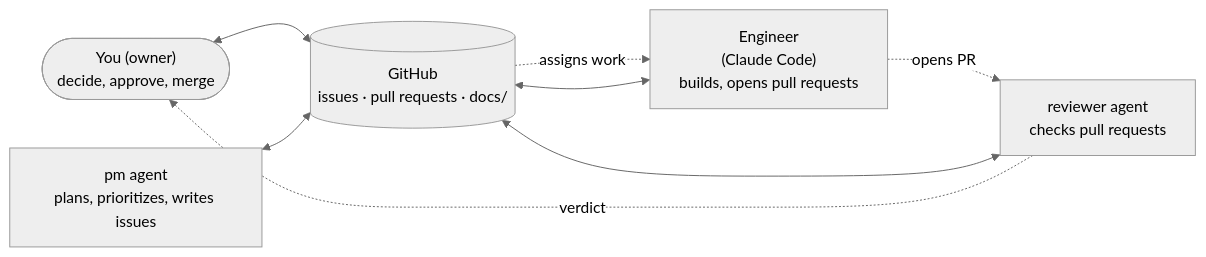
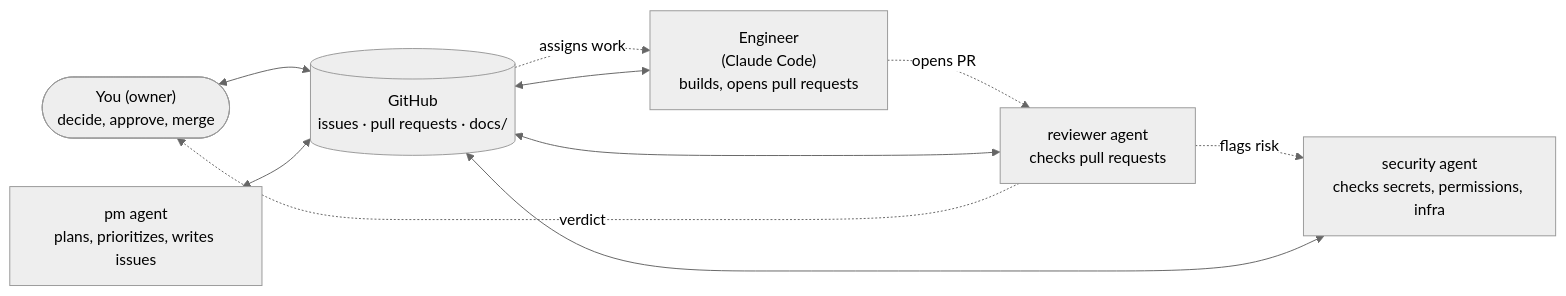
The diagram in handbook/index.md (manoochehri/semilla), drawn with Mermaid (neutral theme) before and after one commit. The commit also changed 4 other files, not shown here.

````diff
--- a/handbook/index.md
+++ b/handbook/index.md
@@ -29,16 +29,19 @@
 ```mermaid
 flowchart LR
     Owner(["You (owner)<br/>decide, approve, merge"])
     PM["pm agent<br/>plans, prioritizes, writes issues"]
     Engineer["Engineer<br/>(Claude Code)<br/>builds, opens pull requests"]
     Reviewer["reviewer agent<br/>checks pull requests"]
+    Security["security agent<br/>checks secrets, permissions, infra"]
     GitHub[("GitHub<br/>issues · pull requests · docs/")]
 
     Owner <--> GitHub
     PM <--> GitHub
     Engineer <--> GitHub
     Reviewer <--> GitHub
+    Security <--> GitHub
     GitHub -.->|assigns work| Engineer
     Engineer -.->|opens PR| Reviewer
+    Reviewer -.->|flags risk| Security
     Reviewer -.->|verdict| Owner
 ```
````
